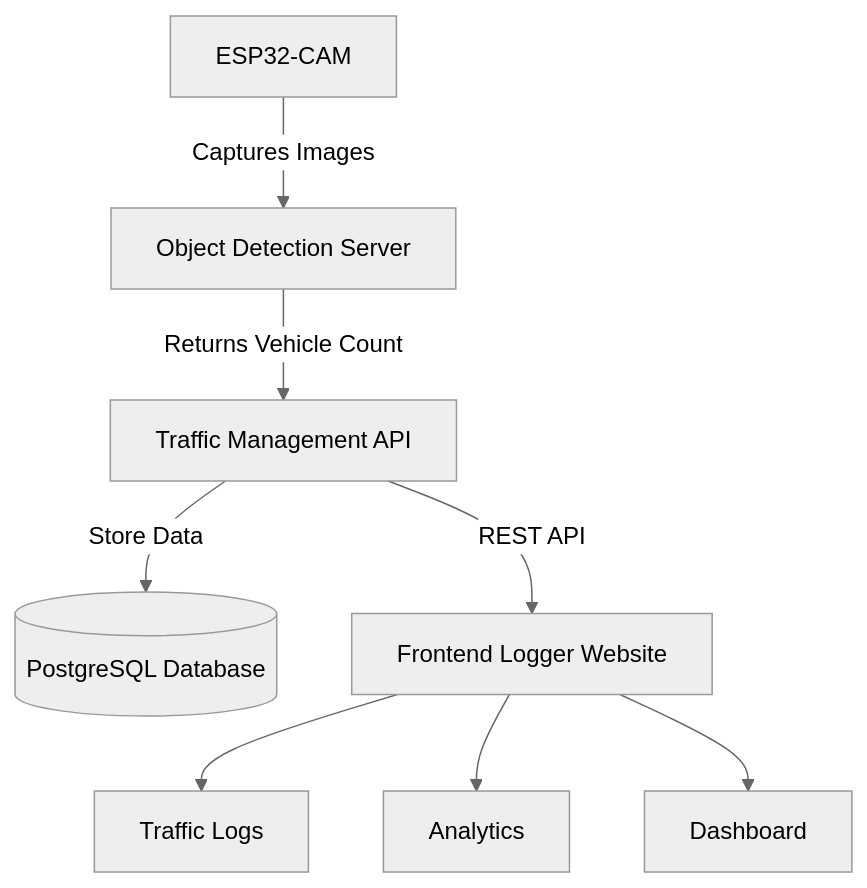
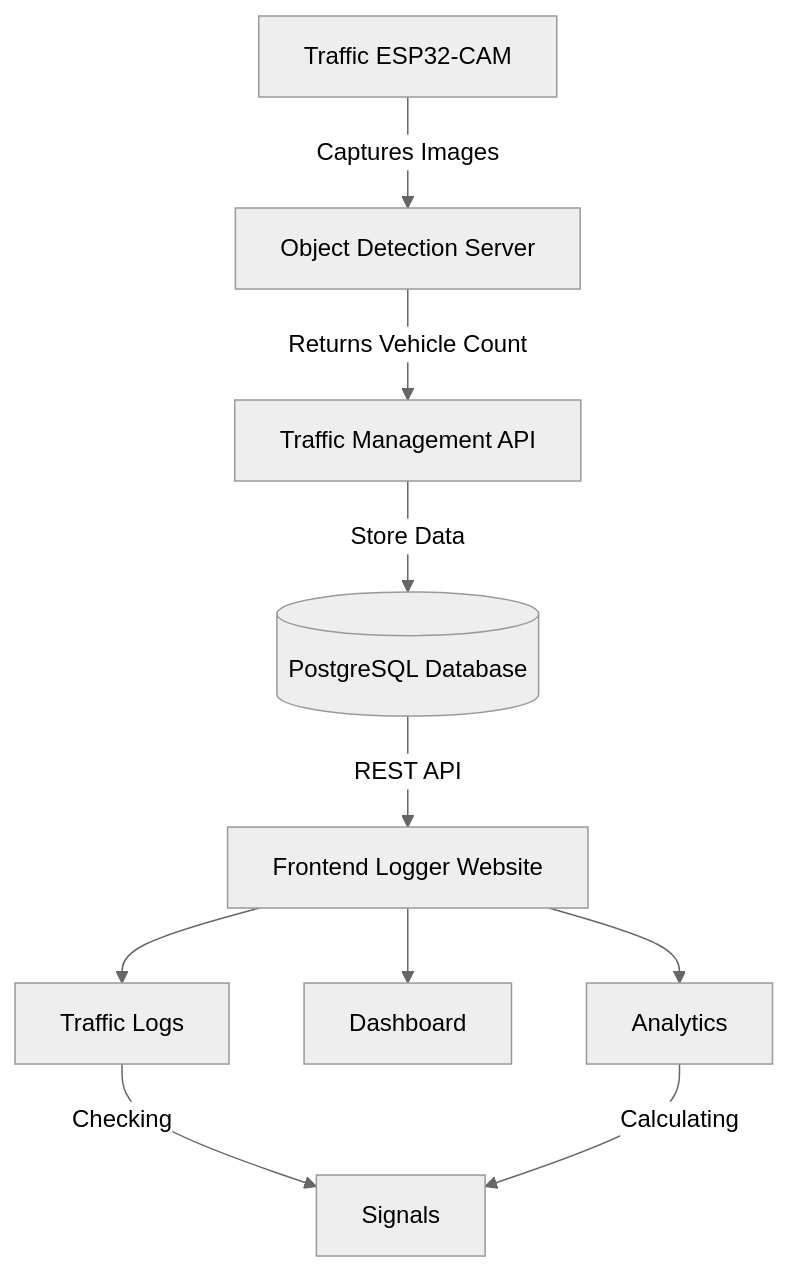
One commit to debarshee2004/traffic-and-vehicle-management changed the diagram in README.md. Above: the diagram before and after it, drawn with Mermaid (neutral theme). The commit also changed other lines of this file, not shown here.

````diff
--- a/README.md
+++ b/README.md
@@ -3,12 +13,15 @@
 ```mermaid
 flowchart TD
-    A[ESP32-CAM] -->|Captures Images| B[Object Detection Server]
+    A[Traffic ESP32-CAM] -->|Captures Images| B[Object Detection Server]
     B -->|Returns Vehicle Count| C[Traffic Management API]
-    
+
     C -->|Store Data| D[(PostgreSQL Database)]
-    C -->|REST API| E[Frontend Logger Website]
-    
+    D -->|REST API| E[Frontend Logger Website]
+
     E --> F[Traffic Logs]
+    E --> H[Dashboard]
     E --> G[Analytics]
-    E --> H[Dashboard]
+
+    F --> |Checking| I[Signals]
+    G --> |Calculating| I
 ```
````
